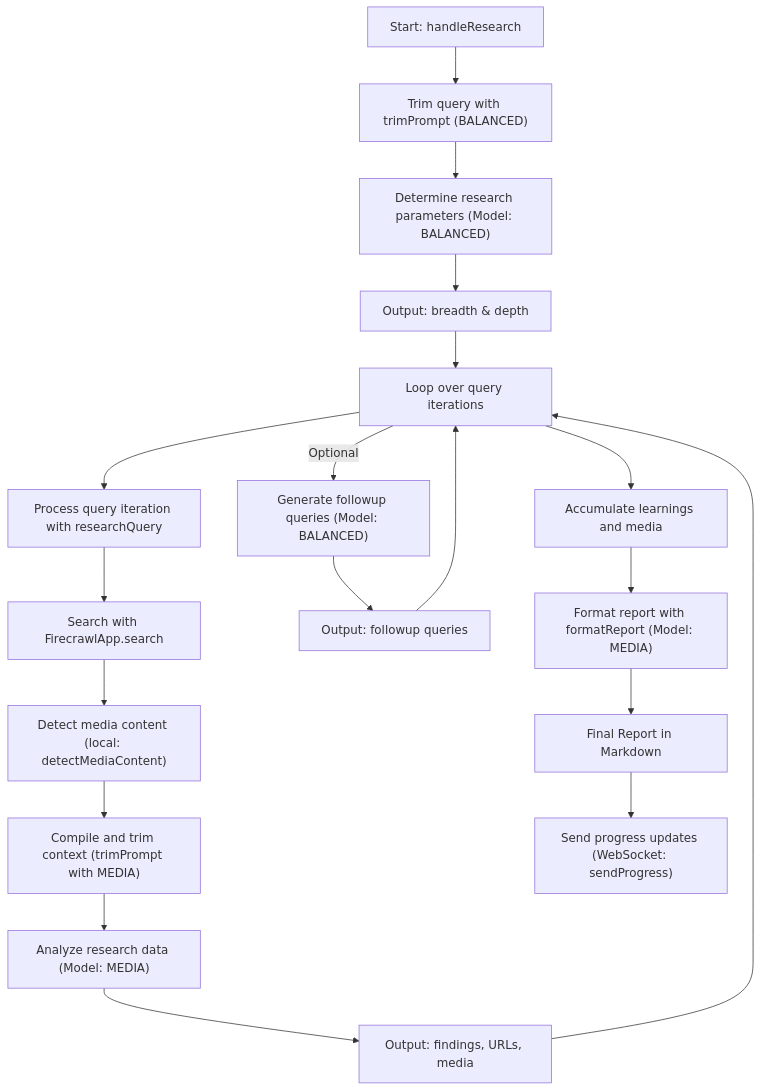
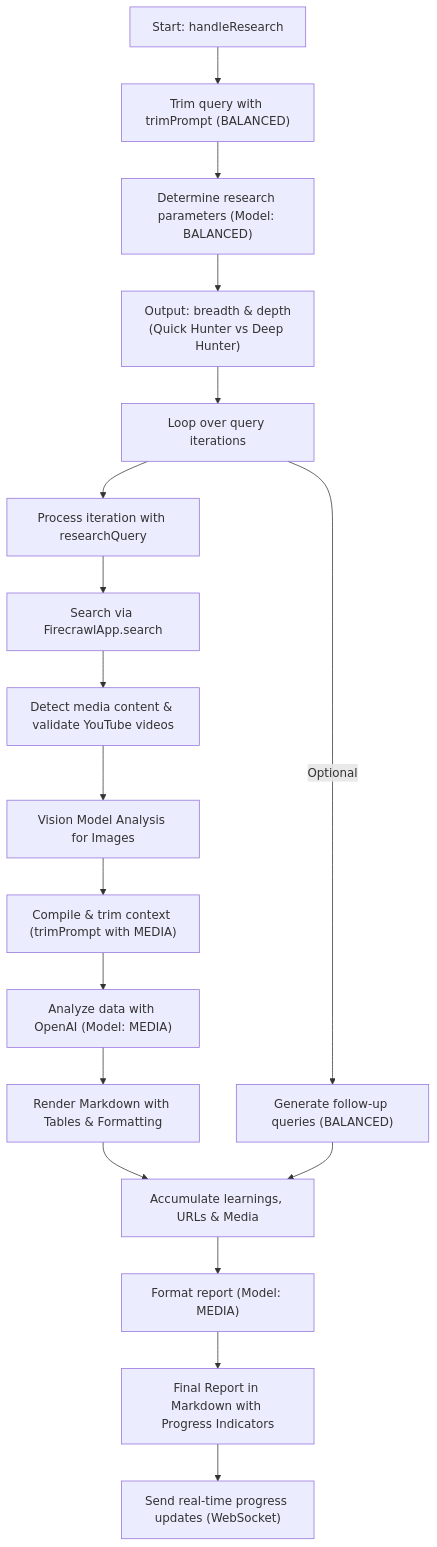
Before and after one commit to meffordh/KnowledgeHunter: the diagram in README.md, drawn with Mermaid. The commit also changed other lines of this file, not shown here.

````diff
--- a/README.md
+++ b/README.md
@@ -24,39 +30,38 @@
 ```mermaid
 flowchart TD
     A["Start: handleResearch"]
     B["Trim query with trimPrompt (BALANCED)"]
     C["Determine research parameters (Model: BALANCED)"]
-    D["Output: breadth & depth"]
+    D["Output: breadth & depth\n(Quick Hunter vs Deep Hunter)"]
     E["Loop over query iterations"]
-    F["Process query iteration with researchQuery"]
-    G["Search with FirecrawlApp.search"]
-    H["Detect media content (local: detectMediaContent)"]
-    I["Compile and trim context (trimPrompt with MEDIA)"]
-    J["Analyze research data (Model: MEDIA)"]
-    K["Output: findings, URLs, media"]
-    L["Generate followup queries (Model: BALANCED)"]
-    M["Output: followup queries"]
-    N["Accumulate learnings and media"]
-    O["Format report with formatReport (Model: MEDIA)"]
-    P["Final Report in Markdown"]
-    Q["Send progress updates (WebSocket: sendProgress)"]
+    F["Process iteration with researchQuery"]
+    G["Search via FirecrawlApp.search"]
+    H["Detect media content & validate YouTube videos"]
+    I["Vision Model Analysis for Images"]
+    J["Compile & trim context (trimPrompt with MEDIA)"]
+    K["Analyze data with OpenAI (Model: MEDIA)"]
+    L["Render Markdown with Tables & Formatting"]
+    M["Generate follow-up queries (BALANCED)"]
+    N["Accumulate learnings, URLs & Media"]
+    O["Format report (Model: MEDIA)"]
+    P["Final Report in Markdown with Progress Indicators"]
+    Q["Send real-time progress updates (WebSocket)"]
 
     A --> B
     B --> C
     C --> D
     D --> E
     E --> F
     F --> G
     G --> H
     H --> I
     I --> J
     J --> K
-    K --> E
-    E -- Optional --> L
-    L --> M
-    M --> E
-    E --> N
+    K --> L
+    L --> N
+    E -- Optional --> M
+    M --> N
     N --> O
     O --> P
     P --> Q
 ```
````
